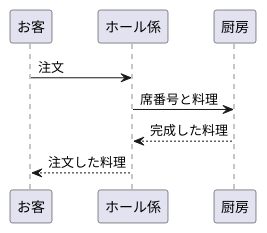
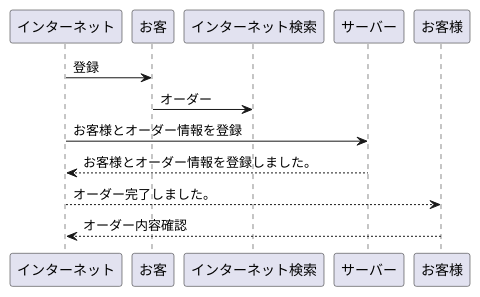
Before and after one commit to usagiame/2021sys-design: the second of 2 diagrams in オーダーメイドショッピングサイト.md, drawn with PlantUML.

````diff
--- a/オーダーメイドショッピングサイト.md
+++ b/オーダーメイドショッピングサイト.md
@@ -17,8 +17,10 @@
 ```uml
 @startuml
-お客 -> ホール係:注文
-ホール係 -> 厨房:席番号と料理
-厨房 --> ホール係:完成した料理
-ホール係 --> お客:注文した料理
+インターネット -> お客:登録
+お客 -> インターネット検索:オーダー
+インターネット -> サーバー:お客様とオーダー情報を登録
+サーバー --> インターネット:お客様とオーダー情報を登録しました。
+インターネット --> お客様:オーダー完了しました。
+お客様 --> インターネット:オーダー内容確認
 @enduml
 ```
````
